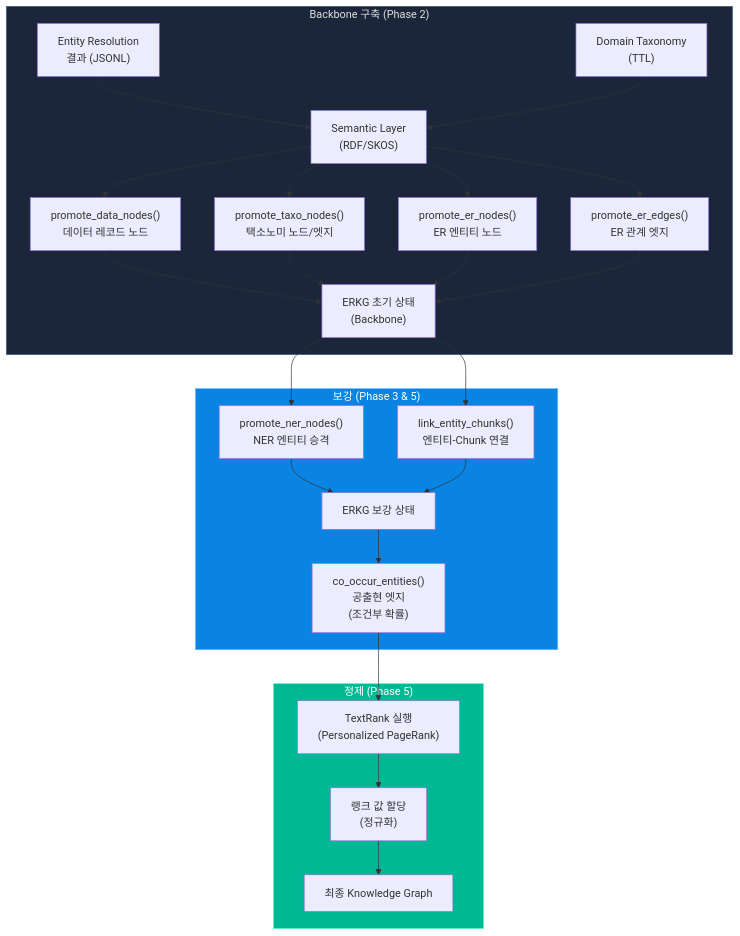
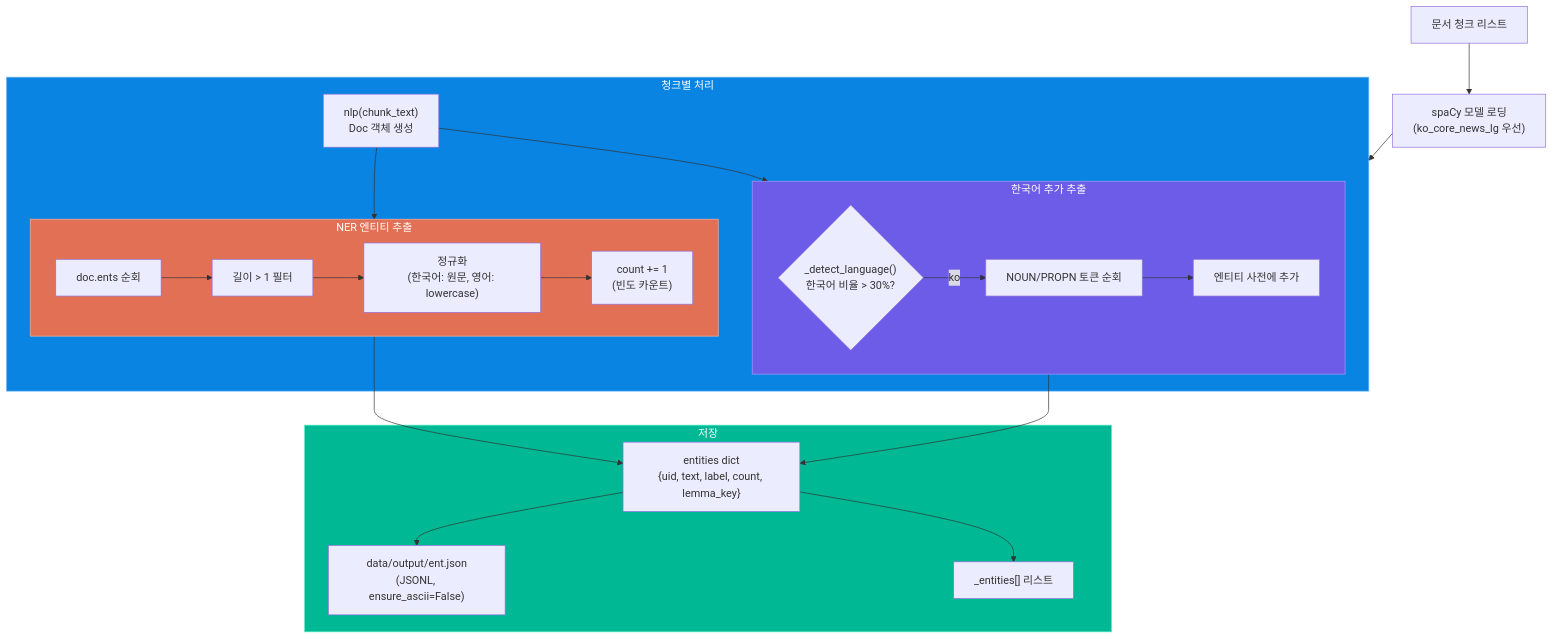
The seventh of 11 diagrams in docs/03_user_and_data_workflow.md (laurus-kpa007/GraphRAG-Senzing), drawn with Mermaid before and after one commit. The commit also changed other lines of this file and 4 other files, not shown here.

````diff
--- a/docs/03_user_and_data_workflow.md
+++ b/docs/03_user_and_data_workflow.md
@@ -342,57 +277,43 @@
 ```mermaid
 flowchart TD
-    subgraph BACKBONE["Backbone 구축 (Phase 2)"]
-        ER_DATA["Entity Resolution\n결과 (JSONL)"]
-        TAXO_DATA["Domain Taxonomy\n(TTL)"]
+    CHUNKS["문서 청크 리스트"]
+    SPACY_LOAD["spaCy 모델 로딩\n(ko_core_news_lg 우선)"]
 
-        SEM_LAYER["Semantic Layer\n(RDF/SKOS)"]
+    subgraph PER_CHUNK["청크별 처리"]
+        DOC_PARSE["nlp(chunk_text)\nDoc 객체 생성"]
 
-        PROMOTE_DATA["promote_data_nodes()\n데이터 레코드 노드"]
-        PROMOTE_TAXO["promote_taxo_nodes()\n택소노미 노드/엣지"]
-        PROMOTE_ER_N["promote_er_nodes()\nER 엔티티 노드"]
-        PROMOTE_ER_E["promote_er_edges()\nER 관계 엣지"]
+        subgraph NER["NER 엔티티 추출"]
+            ENT_LOOP["doc.ents 순회"]
+            ENT_FILTER["길이 > 1 필터"]
+            ENT_NORM["정규화\n(한국어: 원문, 영어: lowercase)"]
+            ENT_COUNT["count += 1\n(빈도 카운트)"]
+        end
 
-        KG_INIT["ERKG 초기 상태\n(Backbone)"]
+        subgraph KO_EXTRA["한국어 추가 추출"]
+            LANG_CHECK{"_detect_language()\n한국어 비율 > 30%?"}
+            TOKEN_LOOP["NOUN/PROPN 토큰 순회"]
+            TOKEN_ADD["엔티티 사전에 추가"]
+        end
     end
 
-    subgraph ENRICHMENT["보강 (Phase 3 & 5)"]
-        NER_NODES["promote_ner_nodes()\nNER 엔티티 승격"]
-        CHUNK_LINKS["link_entity_chunks()\n엔티티-Chunk 연결"]
-        COOCCUR_EDGES["co_occur_entities()\n공출현 엣지\n(조건부 확률)"]
-
-        KG_ENRICHED["ERKG 보강 상태"]
+    subgraph SAVE["저장"]
+        ENT_DICT["entities dict\n{uid, text, label, count, lemma_key}"]
+        JSONL["data/output/ent.json\n(JSONL, ensure_ascii=False)"]
+        MEM["_entities[] 리스트"]
     end
 
-    subgraph DISTILL["정제 (Phase 5)"]
-        TR_RANK["TextRank 실행\n(Personalized PageRank)"]
-        RANK_ASSIGN["랭크 값 할당\n(정규화)"]
-        FINAL_KG["최종 Knowledge Graph"]
-    end
+    CHUNKS --> SPACY_LOAD --> PER_CHUNK
+    DOC_PARSE --> NER
+    DOC_PARSE --> KO_EXTRA
+    ENT_LOOP --> ENT_FILTER --> ENT_NORM --> ENT_COUNT
+    LANG_CHECK -->|ko| TOKEN_LOOP --> TOKEN_ADD
+    NER --> ENT_DICT
+    KO_EXTRA --> ENT_DICT
+    ENT_DICT --> JSONL
+    ENT_DICT --> MEM
 
-    ER_DATA --> SEM_LAYER
-    TAXO_DATA --> SEM_LAYER
-
-    SEM_LAYER --> PROMOTE_DATA
-    SEM_LAYER --> PROMOTE_TAXO
-    SEM_LAYER --> PROMOTE_ER_N
-    SEM_LAYER --> PROMOTE_ER_E
-
-    PROMOTE_DATA --> KG_INIT
-    PROMOTE_TAXO --> KG_INIT
-    PROMOTE_ER_N --> KG_INIT
-    PROMOTE_ER_E --> KG_INIT
-
-    KG_INIT --> NER_NODES
-    KG_INIT --> CHUNK_LINKS
-    NER_NODES --> KG_ENRICHED
-    CHUNK_LINKS --> KG_ENRICHED
-    KG_ENRICHED --> COOCCUR_EDGES
-
-    COOCCUR_EDGES --> TR_RANK
-    TR_RANK --> RANK_ASSIGN
-    RANK_ASSIGN --> FINAL_KG
-
-    style BACKBONE fill:#1b263b,stroke:#415a77,color:#e0e1dd
-    style ENRICHMENT fill:#0984e3,stroke:#74b9ff,color:#fff
-    style DISTILL fill:#00b894,stroke:#55efc4,color:#fff
+    style PER_CHUNK fill:#0984e3,stroke:#74b9ff,color:#fff
+    style NER fill:#e17055,stroke:#fab1a0,color:#fff
+    style KO_EXTRA fill:#6c5ce7,stroke:#a29bfe,color:#fff
+    style SAVE fill:#00b894,stroke:#55efc4,color:#fff
 ```
````
